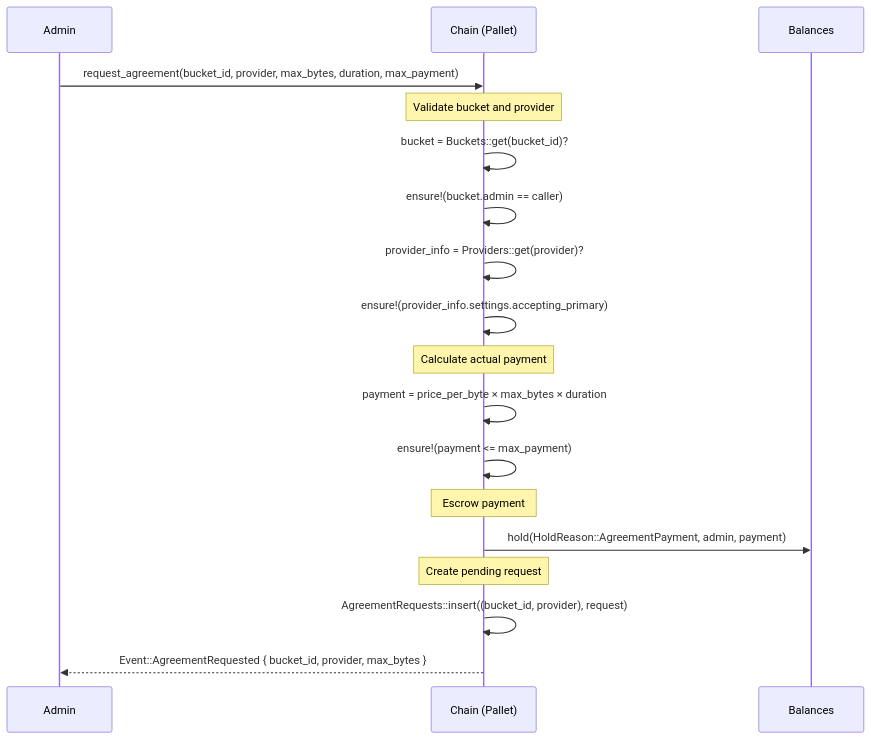
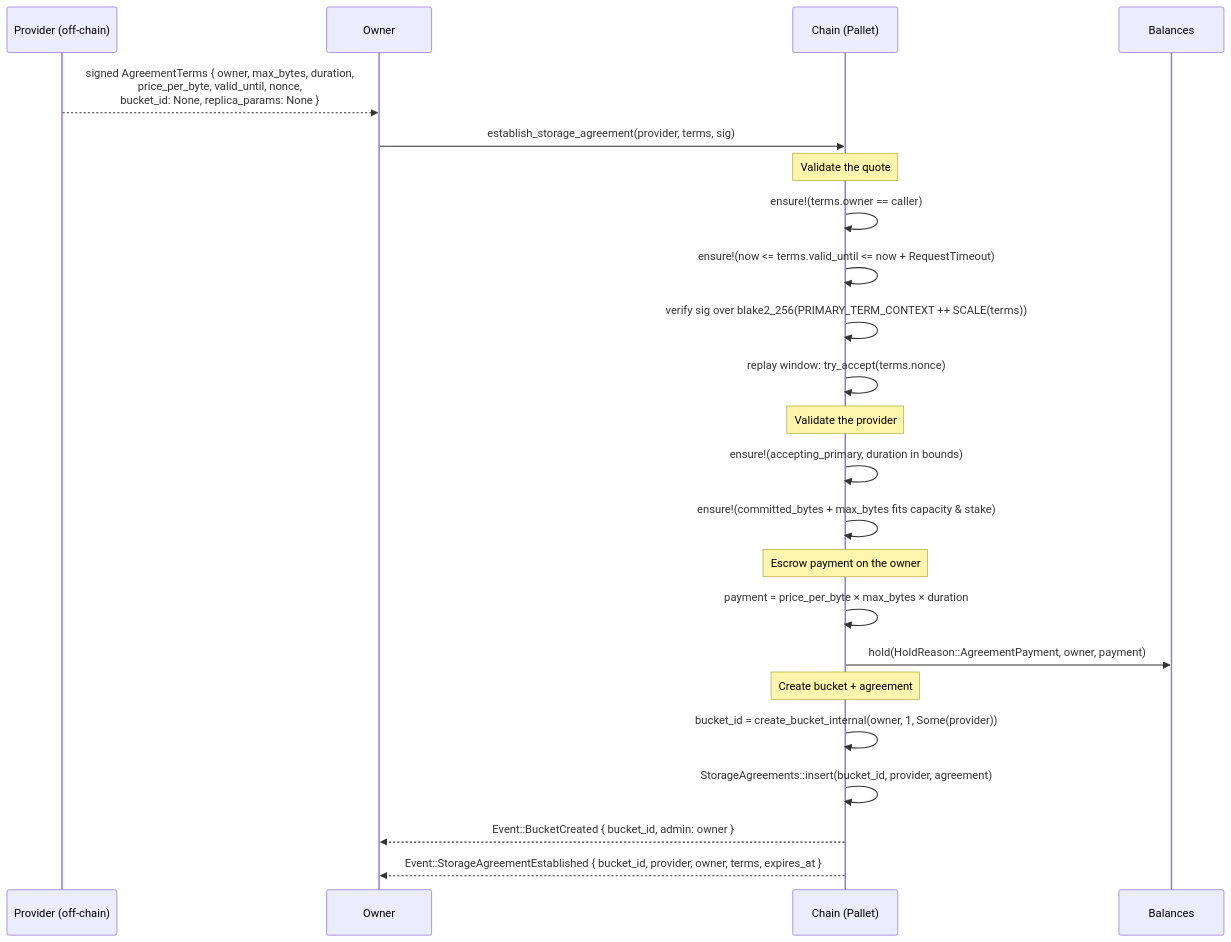
One commit to paritytech/web3-storage changed the third of 11 diagrams in docs/reference/EXECUTION_FLOWS.md. Above: the diagram before and after it, drawn with Mermaid. The commit also changed other lines of this file and 1 other file, not shown here.

First line of the commit message:
docs(reference): realign extrinsics/flows docs with the signed-terms API

````diff
--- a/docs/reference/EXECUTION_FLOWS.md
+++ b/docs/reference/EXECUTION_FLOWS.md
@@ -211,26 +189,32 @@
 ```mermaid
 sequenceDiagram
-    participant A as Admin
+    participant P as Provider (off-chain)
+    participant O as Owner
     participant C as Chain (Pallet)
     participant B as Balances
 
-    A->>C: request_agreement(bucket_id, provider, max_bytes, duration, max_payment)
+    P-->>O: signed AgreementTerms { owner, max_bytes, duration,<br/>price_per_byte, valid_until, nonce,<br/>bucket_id: None, replica_params: None }
 
-    Note over C: Validate bucket and provider
-    C->>C: bucket = Buckets::get(bucket_id)?
-    C->>C: ensure!(bucket.admin == caller)
-    C->>C: provider_info = Providers::get(provider)?
-    C->>C: ensure!(provider_info.settings.accepting_primary)
+    O->>C: establish_storage_agreement(provider, terms, sig)
 
-    Note over C: Calculate actual payment
+    Note over C: Validate the quote
+    C->>C: ensure!(terms.owner == caller)
+    C->>C: ensure!(now <= terms.valid_until <= now + RequestTimeout)
+    C->>C: verify sig over blake2_256(PRIMARY_TERM_CONTEXT ++ SCALE(terms))
+    C->>C: replay window: try_accept(terms.nonce)
+
+    Note over C: Validate the provider
+    C->>C: ensure!(accepting_primary, duration in bounds)
+    C->>C: ensure!(committed_bytes + max_bytes fits capacity & stake)
+
+    Note over C: Escrow payment on the owner
     C->>C: payment = price_per_byte × max_bytes × duration
-    C->>C: ensure!(payment <= max_payment)
+    C->>B: hold(HoldReason::AgreementPayment, owner, payment)
 
-    Note over C: Escrow payment
-    C->>B: hold(HoldReason::AgreementPayment, admin, payment)
+    Note over C: Create bucket + agreement
+    C->>C: bucket_id = create_bucket_internal(owner, 1, Some(provider))
+    C->>C: StorageAgreements::insert(bucket_id, provider, agreement)
 
-    Note over C: Create pending request
-    C->>C: AgreementRequests::insert((bucket_id, provider), request)
-
-    C-->>A: Event::AgreementRequested { bucket_id, provider, max_bytes }
+    C-->>O: Event::BucketCreated { bucket_id, admin: owner }
+    C-->>O: Event::StorageAgreementEstablished { bucket_id, provider, owner, terms, expires_at }
 ```
````
